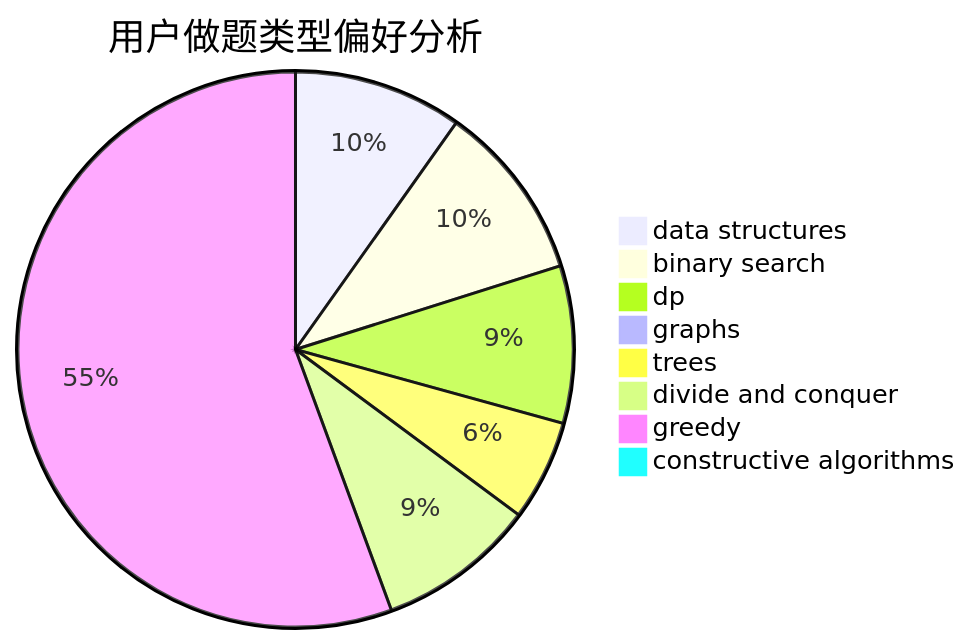
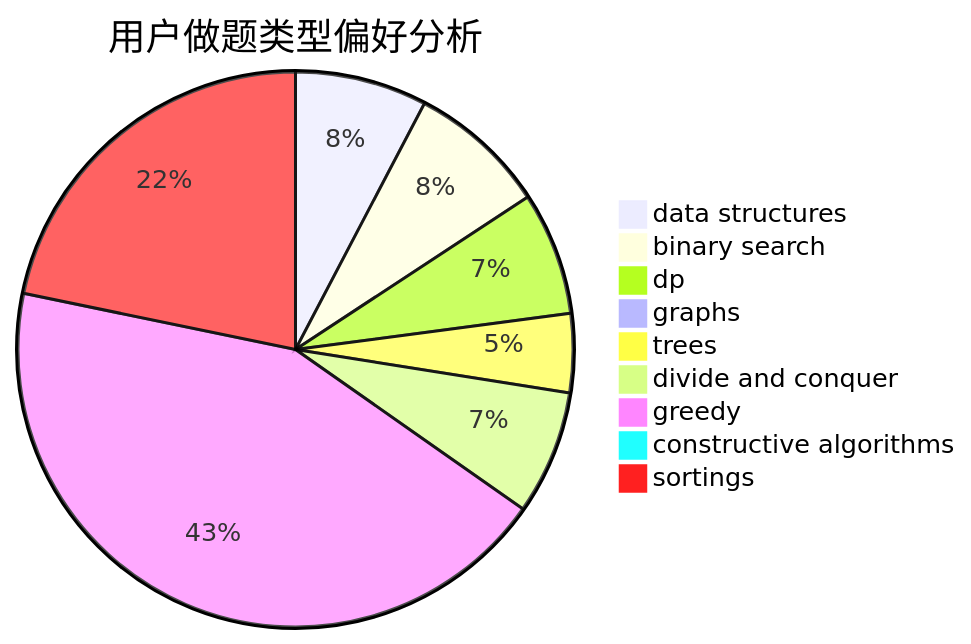
One commit to sherpahu/cfrs.github.io changed the second of 3 diagrams in docs/user/u548.md. Above: the diagram before and after it, drawn with Mermaid. The commit also changed other lines of this file and 2769 other files, not shown here.

````diff
--- a/docs/user/u548.md
+++ b/docs/user/u548.md
@@ -23,11 +18,12 @@
 ```mermaid
 pie title 用户做题类型偏好分析
     "data structures" :  119
     "binary search" :  125
     "dp" :  111
     "graphs" :  10
     "trees" :  71
     "divide and conquer" :  112
     "greedy" :  674
     "constructive algorithms" :  2
+    "sortings" :  337
 ```
````
